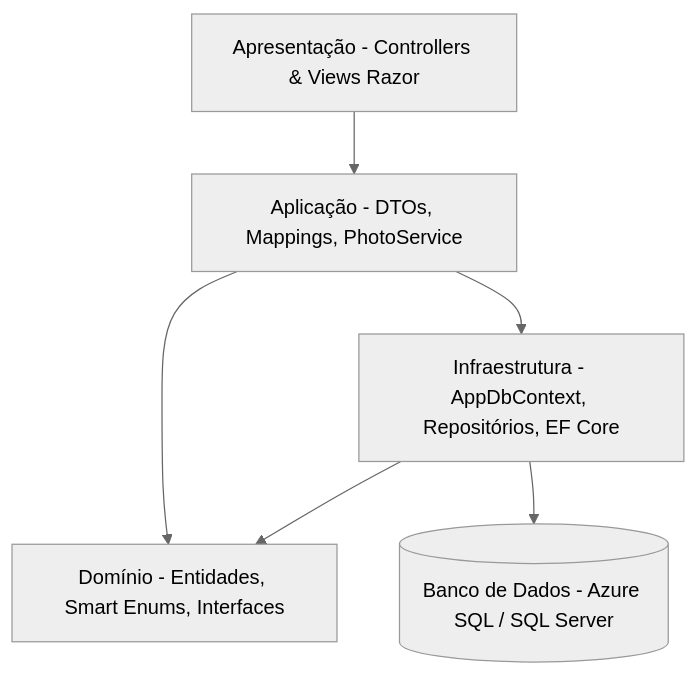
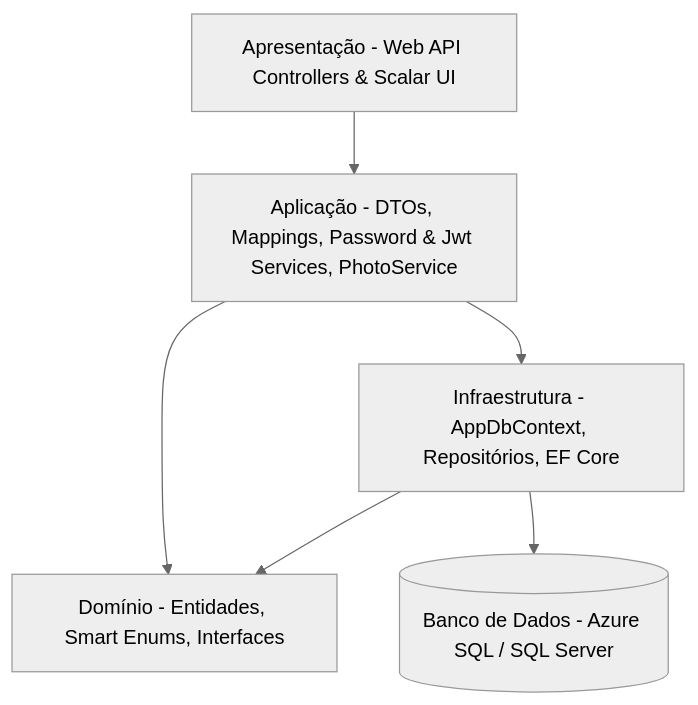
The diagram in fase-01/____docs/index.md (idgrego/fiap-cloud-games), drawn with Mermaid (neutral theme) before and after one commit. The commit also changed other lines of this file and 6 other files, not shown here.

````diff
--- a/fase-01/____docs/index.md
+++ b/fase-01/____docs/index.md
@@ -41,8 +42,8 @@
 ```mermaid
 graph TD
-    A[Apresentação - Controllers & Views Razor] --> B[Aplicação - DTOs, Mappings, PhotoService]
+    A[Apresentação - Web API Controllers & Scalar UI] --> B[Aplicação - DTOs, Mappings, Password & Jwt Services, PhotoService]
     B --> C[Domínio - Entidades, Smart Enums, Interfaces]
     B --> D[Infraestrutura - AppDbContext, Repositórios, EF Core]
     D --> C
     D --> E[(Banco de Dados - Azure SQL / SQL Server)]
 ```
````
